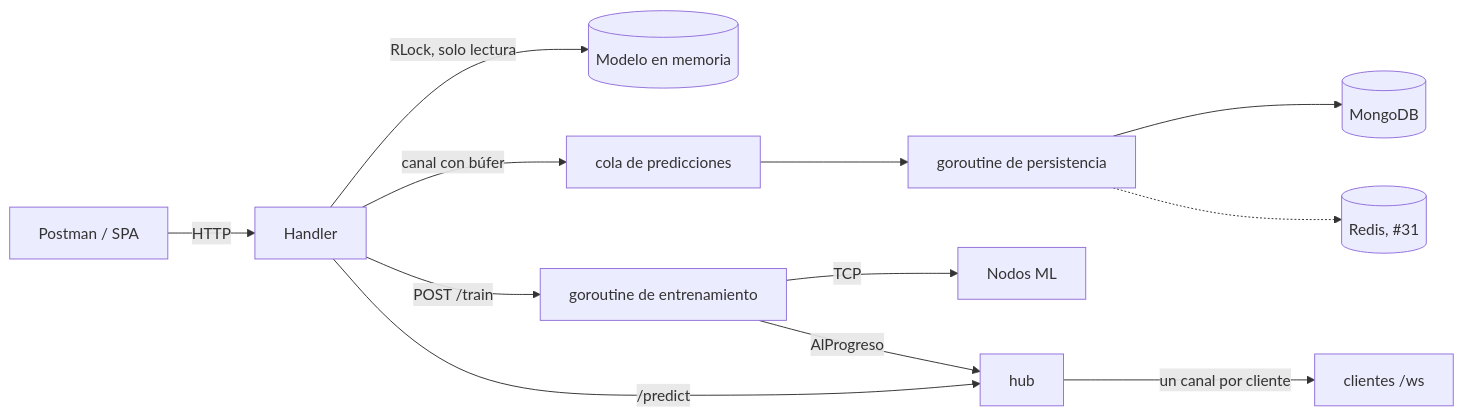
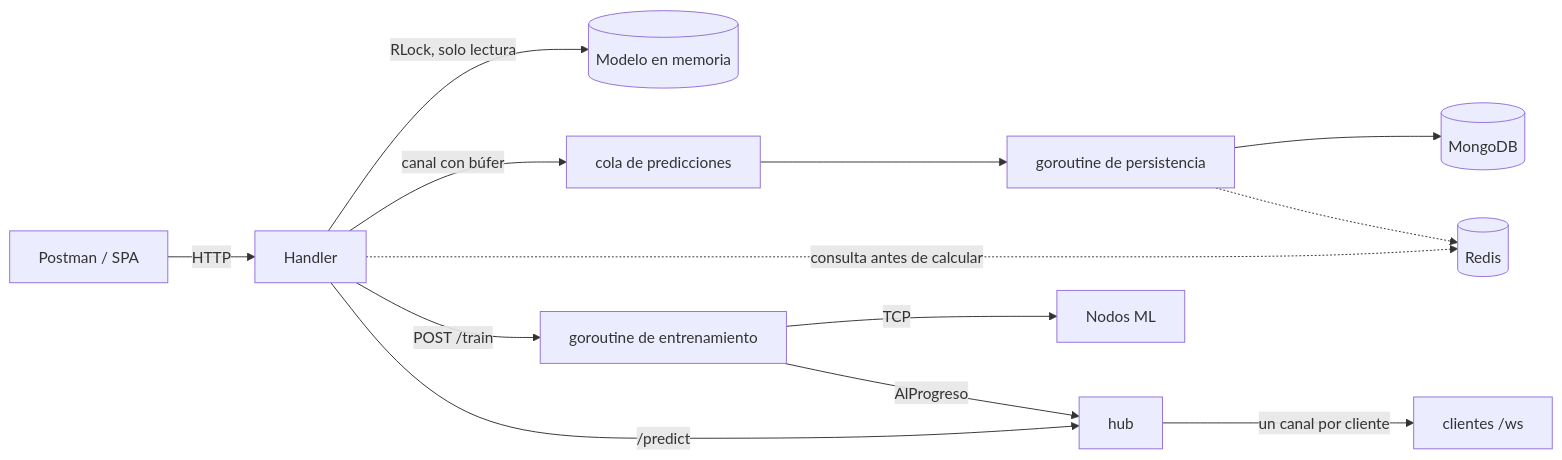
The diagram in docs/api.md (almeida-aguilar/cs-cc65-proyecto7-vacunacion-ml-2026-20), drawn with Mermaid before and after one commit. The commit also changed other lines of this file and 11 other files, not shown here.

````diff
--- a/docs/api.md
+++ b/docs/api.md
@@ -20,13 +20,14 @@
 ```mermaid
 flowchart LR
     C[Postman / SPA] -->|HTTP| H[Handler]
     H -->|RLock, solo lectura| M[(Modelo en memoria)]
     H -->|canal con búfer| Q[cola de predicciones]
     Q --> W[goroutine de persistencia] --> DB[(MongoDB)]
-    W -.-> R[(Redis, #31)]
+    W -.-> R[(Redis)]
+    H -.->|consulta antes de calcular| R
     H -->|POST /train| T[goroutine de entrenamiento]
     T -->|TCP| N[Nodos ML]
     T -->|AlProgreso| HUB[hub]
     H -->|/predict| HUB
     HUB -->|un canal por cliente| WS[clientes /ws]
 ```
````
